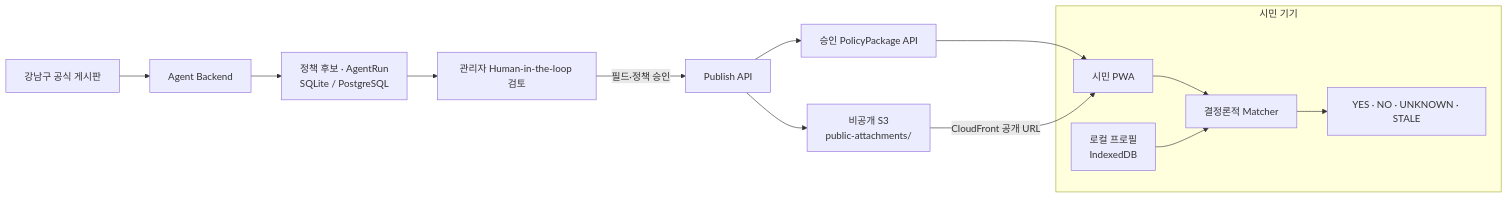
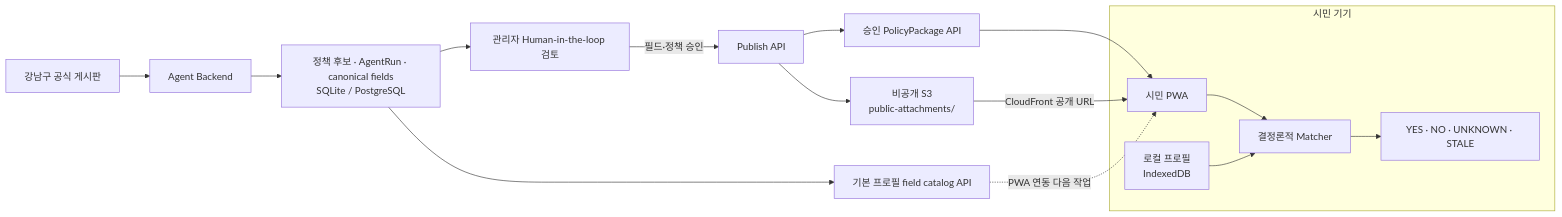
The first of 3 diagrams in README.md (dlfjsld1/gangnam-change-agent), drawn with Mermaid before and after one commit. The commit also changed other lines of this file and 8 other files, not shown here.

````diff
--- a/README.md
+++ b/README.md
@@ -52,18 +53,20 @@
 ```mermaid
 flowchart LR
     SOURCES["강남구 공식 게시판"] --> AGENT["Agent Backend"]
-    AGENT --> STORE["정책 후보 · AgentRun<br/>SQLite / PostgreSQL"]
+    AGENT --> STORE["정책 후보 · AgentRun · canonical fields<br/>SQLite / PostgreSQL"]
     STORE --> ADMIN["관리자 Human-in-the-loop 검토"]
     ADMIN -->|"필드·정책 승인"| PUBLISH["Publish API"]
     PUBLISH --> PUBLIC["승인 PolicyPackage API"]
     PUBLISH --> S3["비공개 S3<br/>public-attachments/"]
+    STORE --> PROFILE_API["기본 프로필 field catalog API"]
 
     subgraph DEVICE["시민 기기"]
         PWA["시민 PWA"] --> MATCHER["결정론적 Matcher"]
         PROFILE["로컬 프로필<br/>IndexedDB"] --> MATCHER
         MATCHER --> RESULT["YES · NO · UNKNOWN · STALE"]
     end
 
     PUBLIC --> PWA
+    PROFILE_API -.->|"PWA 연동 다음 작업"| PWA
     S3 -->|"CloudFront 공개 URL"| PWA
 ```
````
